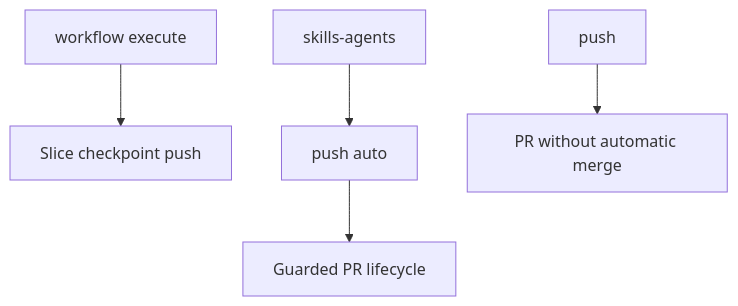
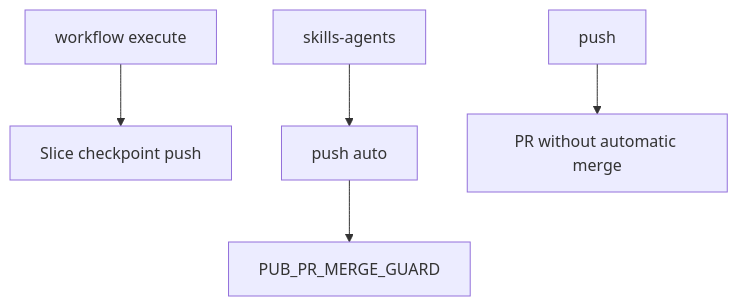
The second of 2 diagrams in docs/arc42/05-building-block-view.md (MatthiasBurger-Coder/forensic_analytics), drawn with Mermaid before and after one commit. The commit also changed other lines of this file and 14 other files, not shown here.

````diff
--- a/docs/arc42/05-building-block-view.md
+++ b/docs/arc42/05-building-block-view.md
@@ -250,14 +251,14 @@
 ```mermaid
 flowchart TD
   Checkpoint["Slice checkpoint push"]
   Push["push"]
   Auto["push auto"]
   Execute["workflow execute"]
   Pr["PR without automatic merge"]
   Skills["skills-agents"]
-  Guard["Guarded PR lifecycle"]
+  Guard["PUB_PR_MERGE_GUARD"]
 
   Execute --> Checkpoint
   Push --> Pr
   Skills --> Auto --> Guard
 ```
````
